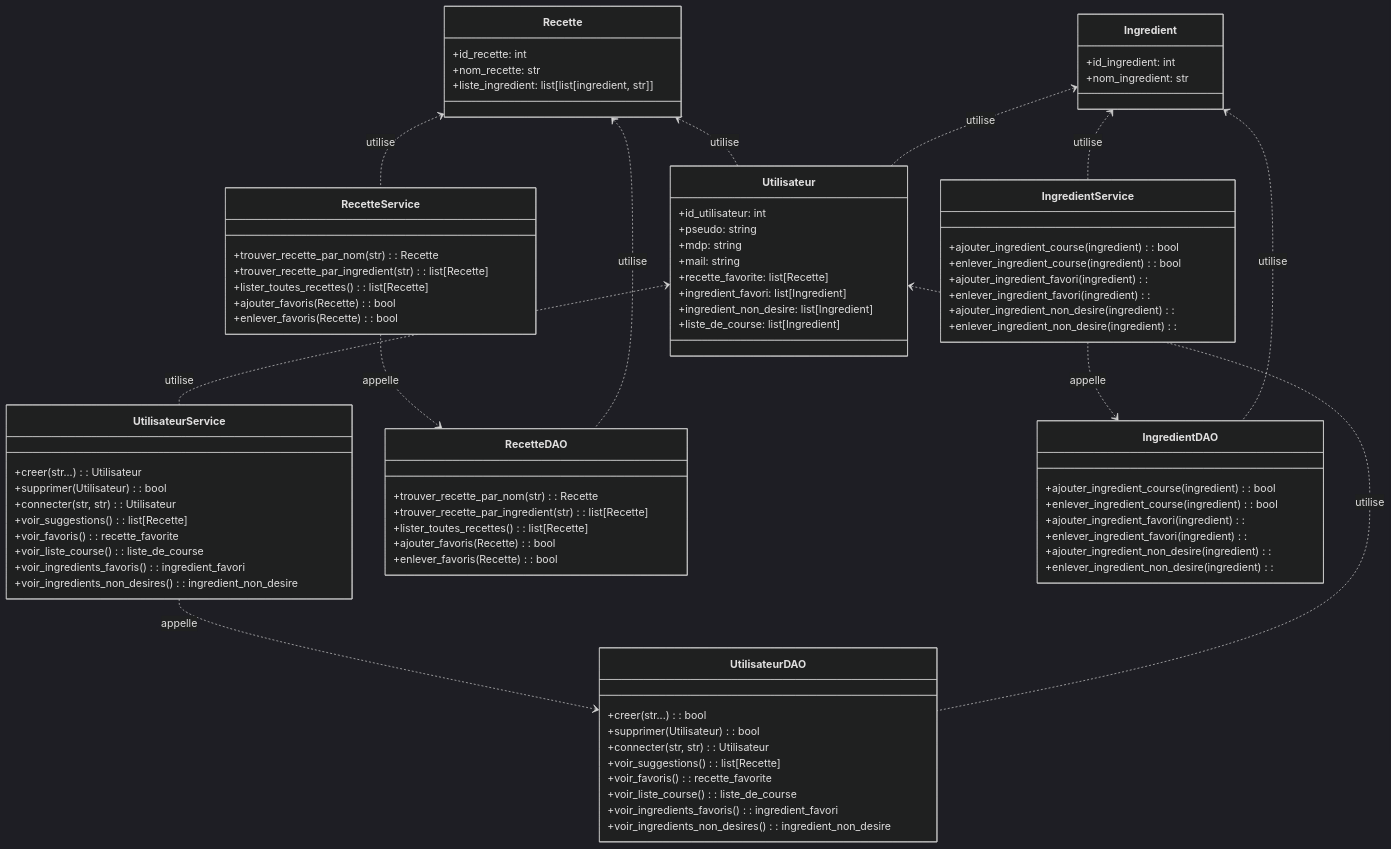
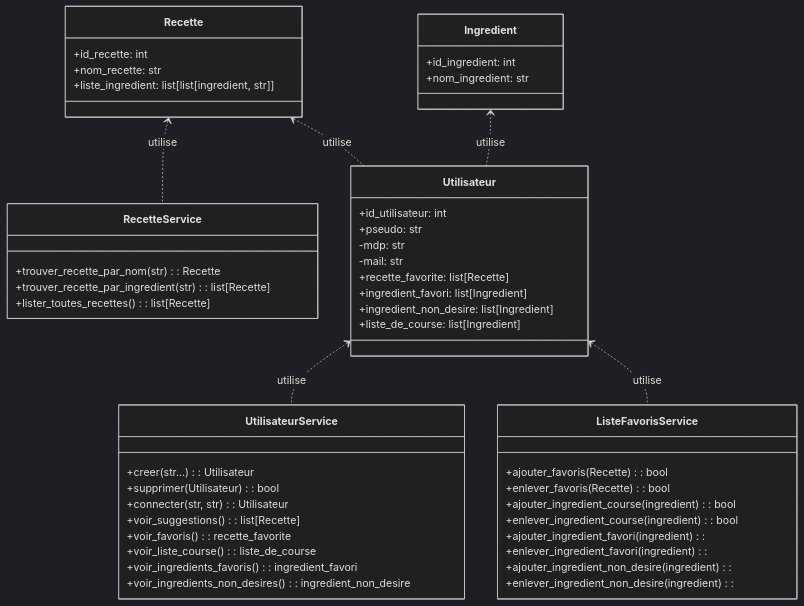
One commit to sayansuos/ENSAI-2A-projet-info changed the diagram in doc/diagramme_de_classes.md. Above: the diagram before and after it, drawn with Mermaid (dark theme).

Commit message:
Mise à jour pour le pull (fichier inchangé)

```diff
--- a/doc/diagramme_de_classes.md
+++ b/doc/diagramme_de_classes.md
@@ -2,29 +2,13 @@
 classDiagram
     class Utilisateur {
         +id_utilisateur: int
-        +pseudo: string
-        +mdp: string
-        +mail: string
+        +pseudo: str
+        -mdp: str
+        -mail: str
         +recette_favorite: list[Recette]
         +ingredient_favori: list[Ingredient]
         +ingredient_non_desire: list[Ingredient]
         +liste_de_course: list[Ingredient]
-    }
-
-    class UtilisateurDAO {
-        +creer(str...): bool
-        +supprimer(Utilisateur): bool
-        +connecter(str, str): Utilisateur
-
-        +voir_suggestions(): list[Recette]
-
-        +voir_favoris(): recette_favorite
-
-        +voir_liste_course(): liste_de_course
-
-        +voir_ingredients_favoris(): ingredient_favori
-
-        +voir_ingredients_non_desires(): ingredient_non_desire
     }
 
     class UtilisateurService {
@@ -44,48 +28,10 @@
     }
 
 
-    class Recette {
-        +id_recette: int
-        +nom_recette: str
-        +liste_ingredient: list[list[ingredient, str]]
-    }
-
-    class RecetteService {
-        +trouver_recette_par_nom(str): Recette
-        +trouver_recette_par_ingredient(str): list[Recette]
-        +lister_toutes_recettes(): list[Recette]
-
+    class ListeFavorisService {
         +ajouter_favoris(Recette): bool
         +enlever_favoris(Recette): bool
-    }
 
-    class RecetteDAO {
-        +trouver_recette_par_nom(str): Recette
-        +trouver_recette_par_ingredient(str): list[Recette]
-        +lister_toutes_recettes(): list[Recette]
-
-        +ajouter_favoris(Recette): bool
-        +enlever_favoris(Recette): bool
-    }
-
-
-    class Ingredient {
-        +id_ingredient: int
-        +nom_ingredient: str
-    }
-
-    class IngredientService {
-        +ajouter_ingredient_course(ingredient): bool
-        +enlever_ingredient_course(ingredient): bool
-
-        +ajouter_ingredient_favori(ingredient):
-        +enlever_ingredient_favori(ingredient):
-
-        +ajouter_ingredient_non_desire(ingredient):
-        +enlever_ingredient_non_desire(ingredient):
-    }
-
-    class IngredientDAO {
         +ajouter_ingredient_course(ingredient): bool
         +enlever_ingredient_course(ingredient): bool
 
@@ -97,17 +43,30 @@
     }
 
 
-    UtilisateurService ..> UtilisateurDAO : appelle
+    class Recette {
+        +id_recette: int
+        +nom_recette: str
+        +liste_ingredient: list[list[ingredient, str]]
+    }
+
+    class RecetteService {
+        +trouver_recette_par_nom(str): Recette
+        +trouver_recette_par_ingredient(str): list[Recette]
+        +lister_toutes_recettes(): list[Recette]
+    }
+
+
+    class Ingredient {
+        +id_ingredient: int
+        +nom_ingredient: str
+    }
+
+
     Utilisateur <.. UtilisateurService: utilise
-    Utilisateur <.. UtilisateurDAO: utilise
+    Utilisateur <.. ListeFavorisService: utilise
 
-    RecetteService ..> RecetteDAO : appelle
     Recette <.. RecetteService: utilise
-    Recette <.. RecetteDAO: utilise
 
-    IngredientService ..> IngredientDAO : appelle
-    Ingredient <.. IngredientService: utilise
-    Ingredient <.. IngredientDAO: utilise
 
     Recette <.. Utilisateur: utilise
     Ingredient <.. Utilisateur: utilise
```
